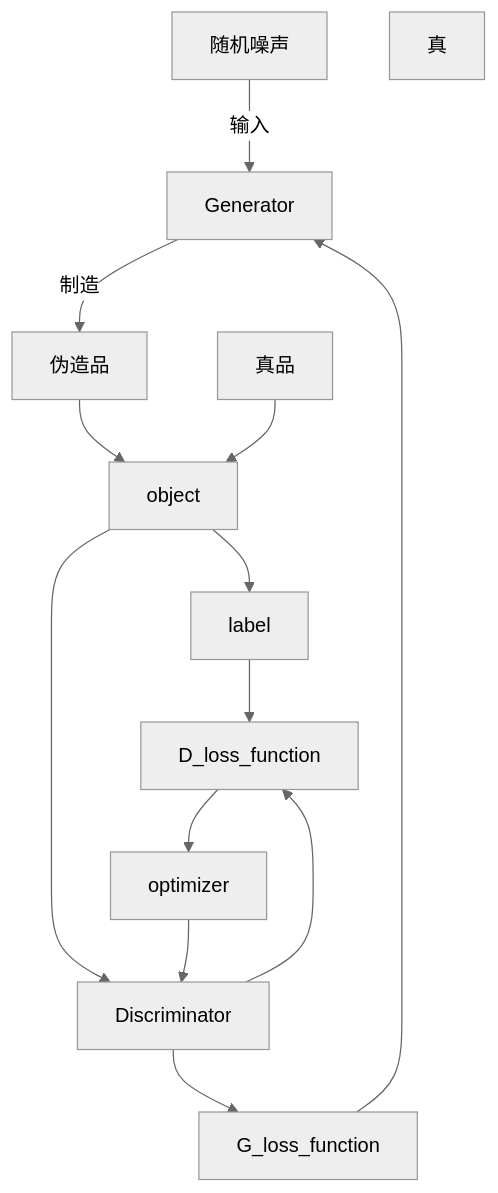
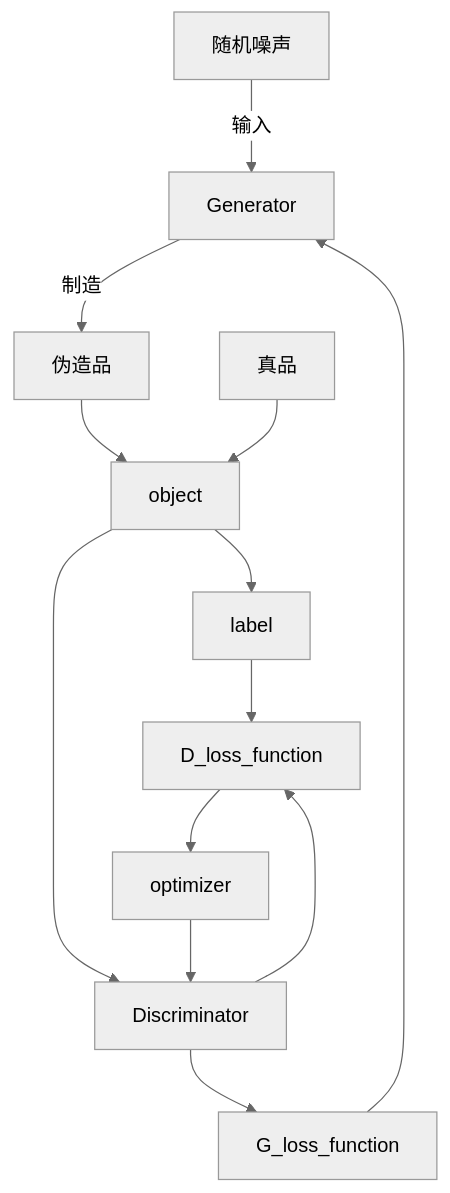
One commit to ianZzzzzz/AiNote changed the first of 2 diagrams in note_9_GAN_生成对抗模型.md. Above: the diagram before and after it, drawn with Mermaid (neutral theme). The commit also changed 1 other file, not shown here.

````diff
--- a/note_9_GAN_生成对抗模型.md
+++ b/note_9_GAN_生成对抗模型.md
@@ -1,23 +1,23 @@
 ```mermaid
 graph TB
     随机噪声 
     Generator
     伪造品
     真品
     object
     Discriminator
-    真
+    
    
 
     随机噪声 --输入--> Generator --制造--> 伪造品 --> object
     
     真品 --> object
    
     
     object-->label
     object-->Discriminator -->D_loss_function
     label-->D_loss_function-->optimizer-->Discriminator
     Discriminator-->G_loss_function-->Generator
 
 
 ```
````
